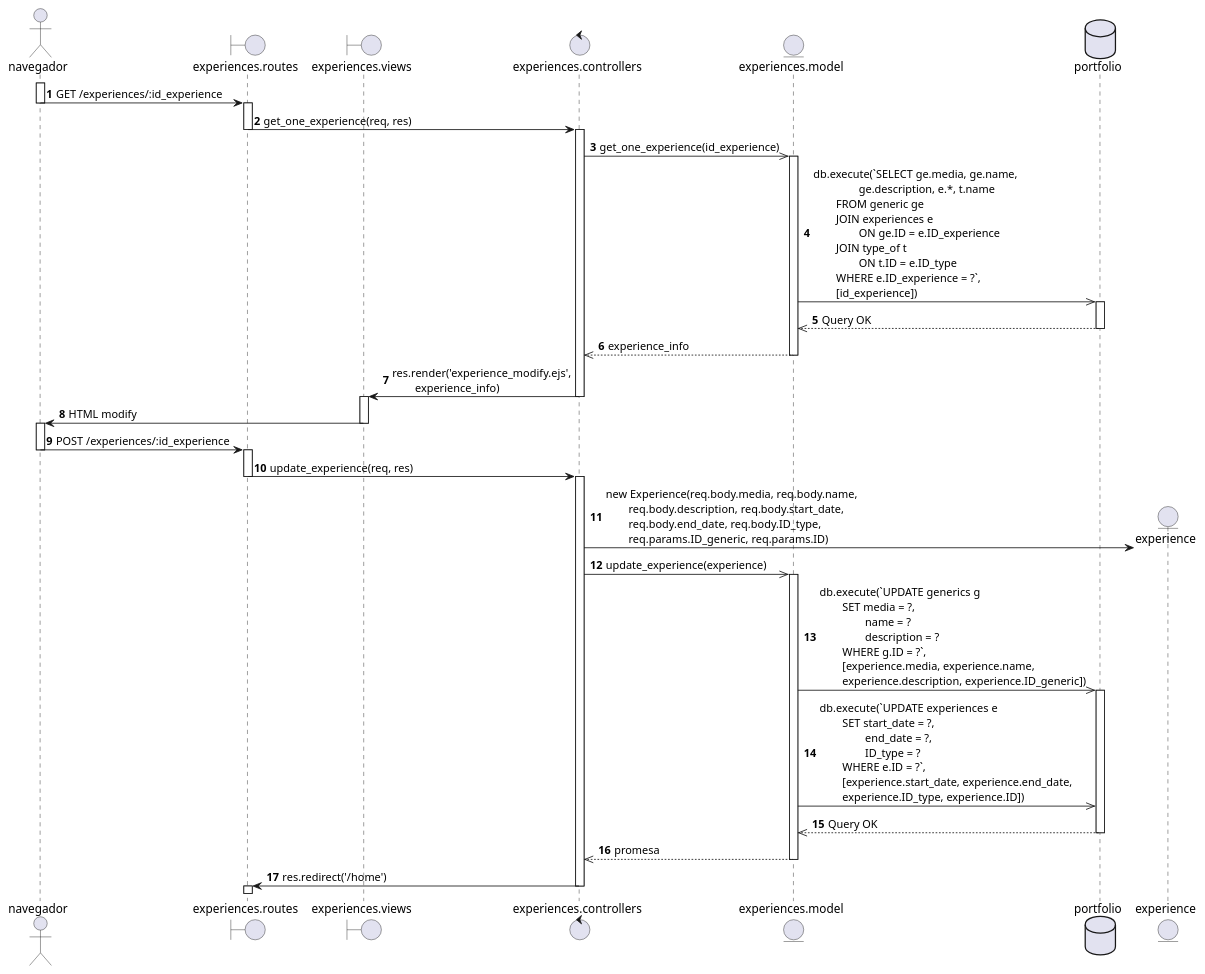
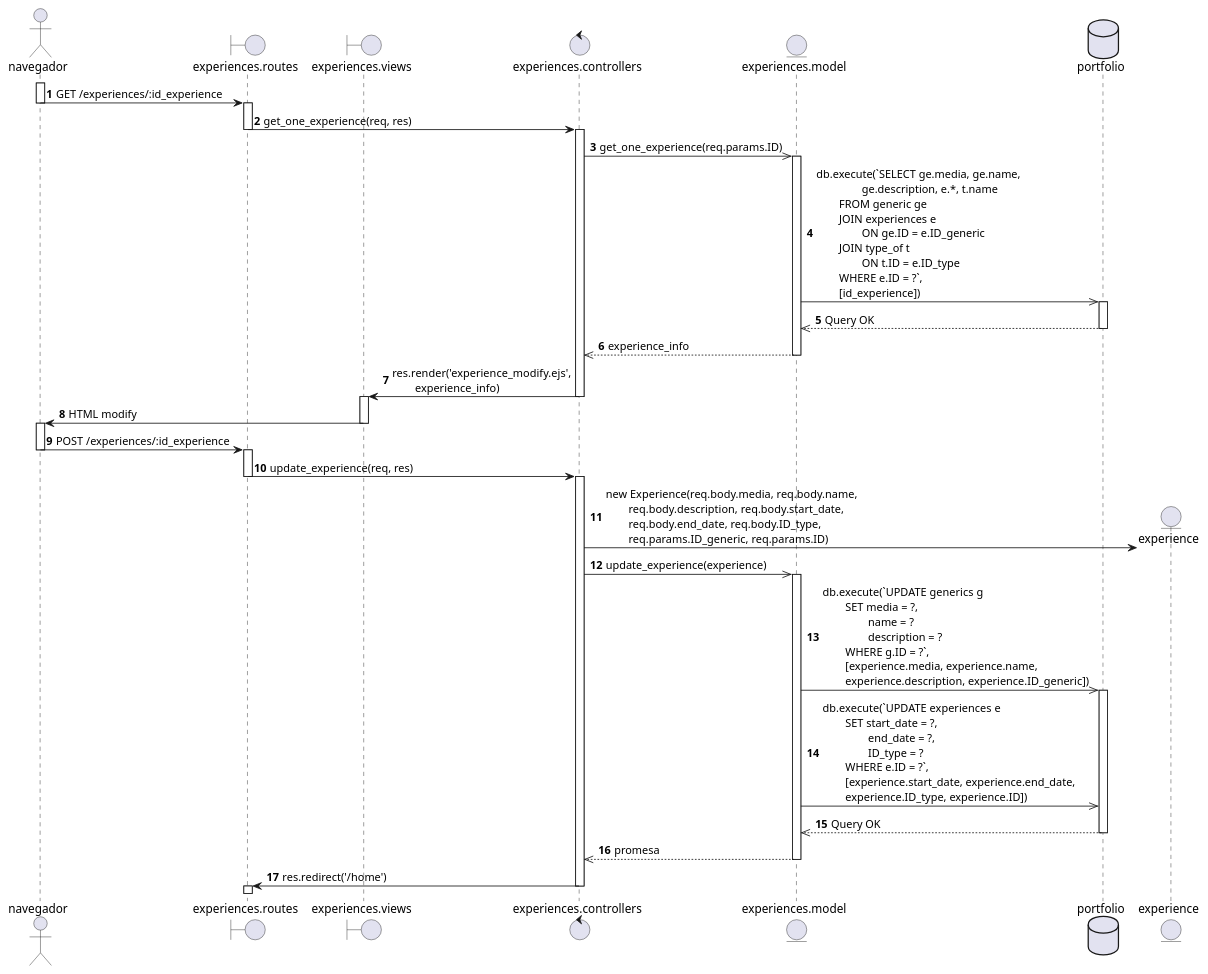
The diagram in Diagramas/Secuencia/CU11_A_Modificar_experiencia_educacion.puml (YaelChar417/portfolio), drawn with PlantUML before and after one commit. The commit also changed 1 other file, not shown here.

Commit message:
Fix: correcion en el join para asignar correctamente los ids del CU11

```diff
--- a/Diagramas/Secuencia/CU11_A_Modificar_experiencia_educacion.puml
+++ b/Diagramas/Secuencia/CU11_A_Modificar_experiencia_educacion.puml
@@ -1,67 +1,67 @@
 @startuml
 
 actor navegador as nav
 boundary "experiences.routes" as routes
 boundary "experiences.views" as view
 control "experiences.controllers" as controller
 entity "experiences.model" as model
 database portfolio as db 
 autonumber
 
 activate nav
 nav -> routes: GET /experiences/:id_experience
 deactivate nav
 
 activate routes
 routes -> controller: get_one_experience(req, res)
 deactivate routes
 
 activate controller
-controller ->> model: get_one_experience(id_experience)
+controller ->> model: get_one_experience(req.params.ID)
 
 activate model 
-model ->> db: db.execute(`SELECT ge.media, ge.name, \n\t\tge.description, e.*, t.name \n\tFROM generic ge \n\tJOIN experiences e \n\t\tON ge.ID = e.ID_experience \n\tJOIN type_of t \n\t\tON t.ID = e.ID_type \n\tWHERE e.ID_experience = ?`, \n\t[id_experience])
+model ->> db: db.execute(`SELECT ge.media, ge.name, \n\t\tge.description, e.*, t.name \n\tFROM generic ge \n\tJOIN experiences e \n\t\tON ge.ID = e.ID_generic \n\tJOIN type_of t \n\t\tON t.ID = e.ID_type \n\tWHERE e.ID = ?`, \n\t[id_experience])
 
 activate db
 db -->> model: Query OK
 deactivate db
 
 model -->> controller: experience_info
 deactivate model
 
 controller -> view: res.render('experience_modify.ejs', \n\texperience_info)
 deactivate controller
 
 activate view
 view -> nav: HTML modify
 deactivate view
 
 activate nav
 nav -> routes: POST /experiences/:id_experience
 deactivate nav
 
 activate routes
 routes -> controller: update_experience(req, res)
 deactivate routes
 
 activate controller
 create entity experience
 controller -> experience: new Experience(req.body.media, req.body.name, \n\treq.body.description, req.body.start_date, \n\treq.body.end_date, req.body.ID_type, \n\treq.params.ID_generic, req.params.ID)
 controller ->> model: update_experience(experience)
 
 activate model
 model ->> db: db.execute(`UPDATE generics g \n\tSET media = ?, \n\t\tname = ? \n\t\tdescription = ? \n\tWHERE g.ID = ?`, \n\t[experience.media, experience.name, \n\texperience.description, experience.ID_generic])
 activate db
 model ->> db: db.execute(`UPDATE experiences e \n\tSET start_date = ?, \n\t\tend_date = ?, \n\t\tID_type = ? \n\tWHERE e.ID = ?`, \n\t[experience.start_date, experience.end_date, \n\texperience.ID_type, experience.ID])
 
 db -->> model: Query OK
 deactivate db
 
 model -->> controller: promesa
 deactivate model
 
 controller -> routes: res.redirect('/home')
 deactivate controller 
 activate routes
 
 @enduml
```
